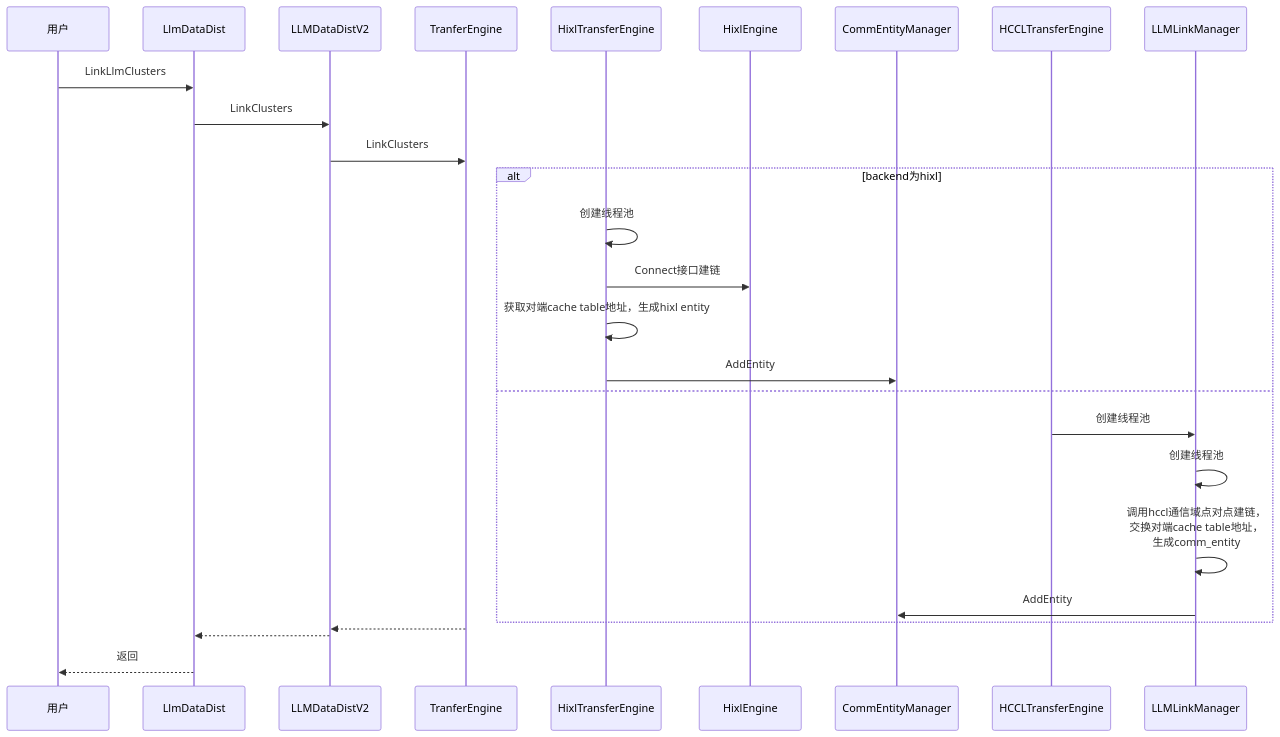
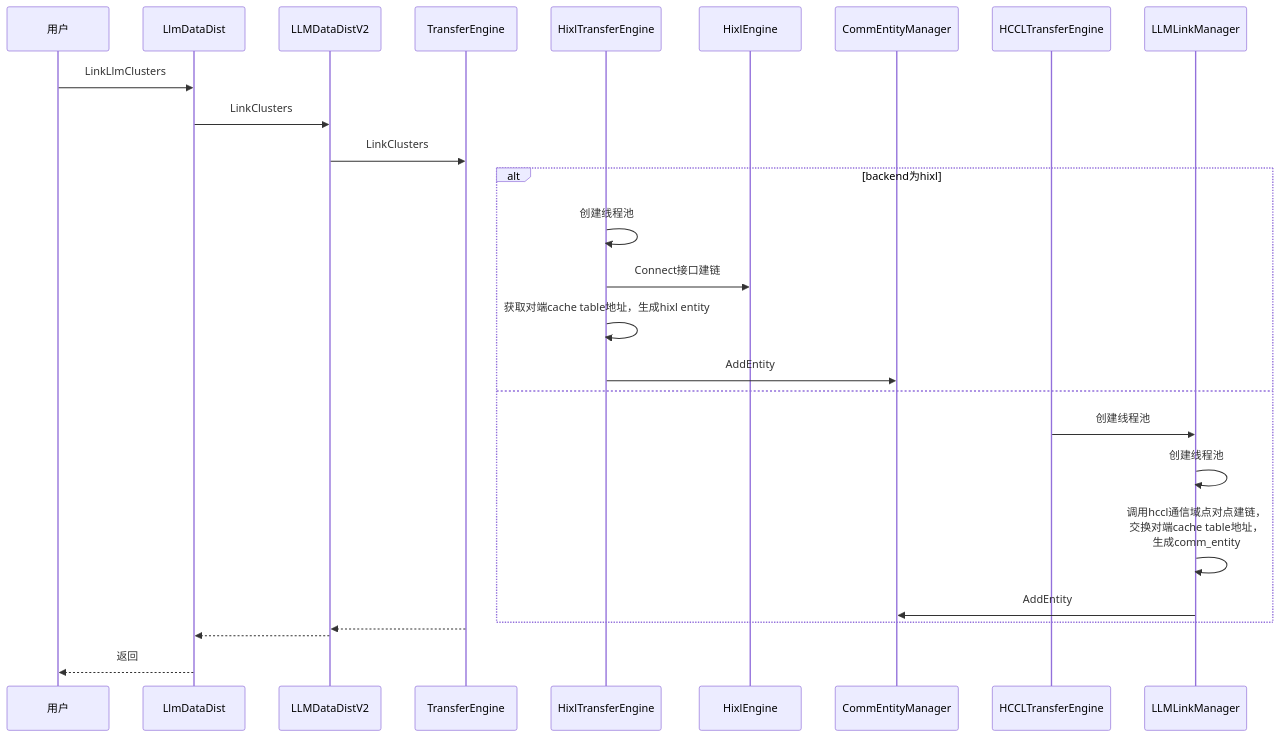
The fifth of 6 diagrams in docs/zh/design/LLM-DataDist支持hixl传输后端.md (hicann/hixl), drawn with Mermaid before and after one commit. The commit also changed other lines of this file and 53 other files, not shown here.

````diff
--- a/docs/zh/design/LLM-DataDist支持hixl传输后端.md
+++ b/docs/zh/design/LLM-DataDist支持hixl传输后端.md
@@ -259,20 +259,20 @@
 ```mermaid
 sequenceDiagram
   用户 ->> LlmDataDist: LinkLlmClusters
   LlmDataDist ->> LLMDataDistV2: LinkClusters
-  LLMDataDistV2 ->> TranferEngine: LinkClusters
+  LLMDataDistV2 ->> TransferEngine: LinkClusters
   alt backend为hixl
     HixlTransferEngine ->> HixlTransferEngine: 创建线程池
     HixlTransferEngine ->> HixlEngine: Connect接口建链
     HixlTransferEngine ->> HixlTransferEngine: 获取对端cache table地址，生成hixl entity
     HixlTransferEngine ->> CommEntityManager: AddEntity
   else
     HCCLTransferEngine ->> LLMLinkManager: 创建线程池
     LLMLinkManager ->> LLMLinkManager: 创建线程池
     LLMLinkManager ->> LLMLinkManager: 调用hccl通信域点对点建链，<br>交换对端cache table地址，<br>生成comm_entity
     LLMLinkManager ->> CommEntityManager: AddEntity
   end
-  TranferEngine -->> LLMDataDistV2: 
-  LLMDataDistV2 -->> LlmDataDist: 
+  TransferEngine -->> LLMDataDistV2:
+  LLMDataDistV2 -->> LlmDataDist:
   LlmDataDist -->> 用户: 返回
 ```
````
